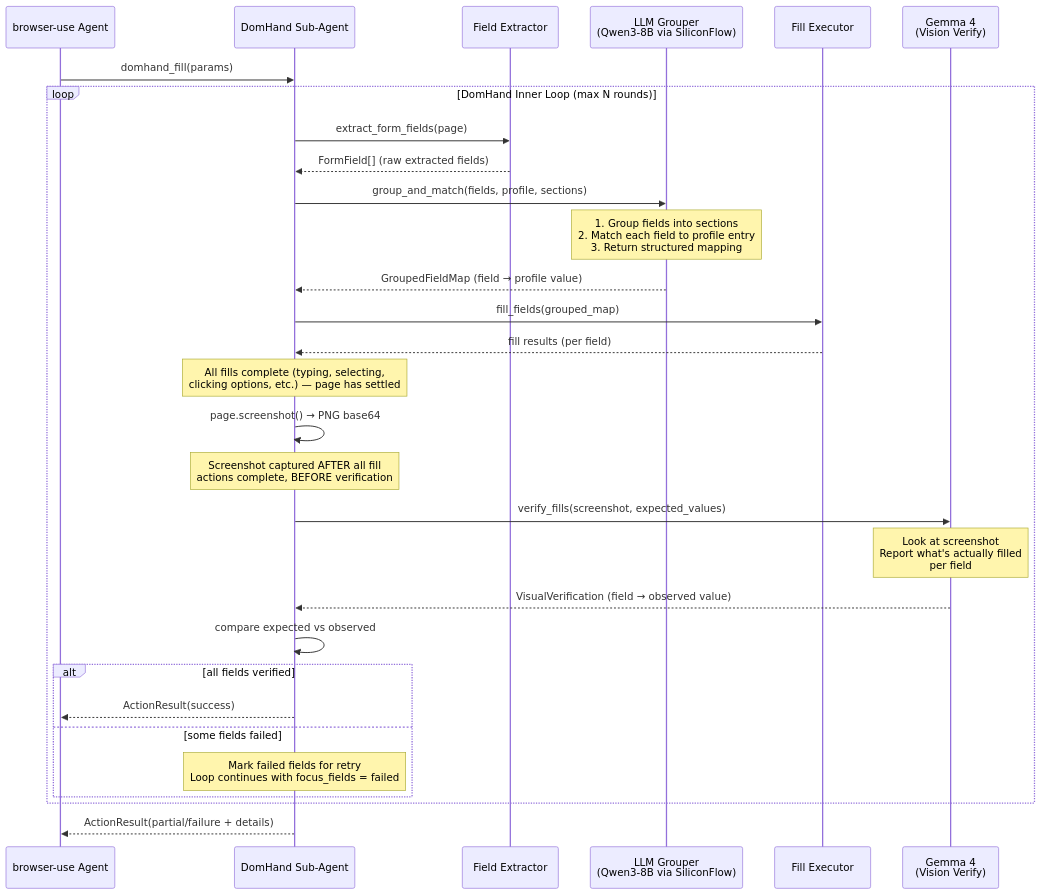
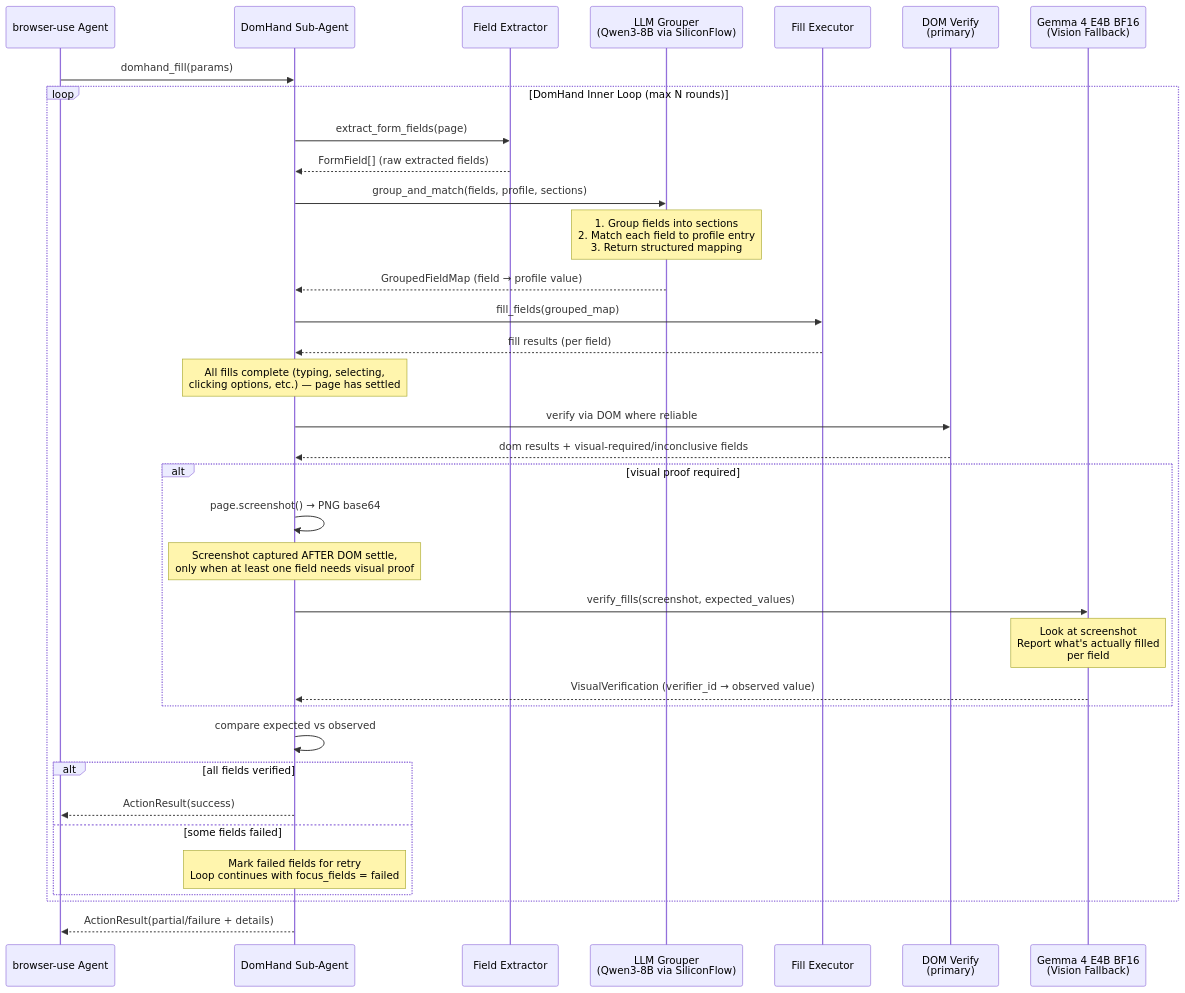
One commit to WeKruit/Hand-X changed the second of 7 diagrams in .planning/research/V4.0-DOMHAND-ENRICHMENT-OOD.md. Above: the diagram before and after it, drawn with Mermaid. The commit also changed other lines of this file, not shown here.

Commit message:
docs: update domhand enrichment OOD

````diff
--- a/.planning/research/V4.0-DOMHAND-ENRICHMENT-OOD.md
+++ b/.planning/research/V4.0-DOMHAND-ENRICHMENT-OOD.md
@@ -184,41 +187,47 @@
 ```mermaid
 sequenceDiagram
-    participant BU as browser-use Agent
+    participant BAgent as browser-use Agent
     participant DH as DomHand Sub-Agent
     participant FE as Field Extractor
     participant LLM as LLM Grouper<br/>(Qwen3-8B via SiliconFlow)
     participant Fill as Fill Executor
-    participant G4 as Gemma 4<br/>(Vision Verify)
+    participant DOM as DOM Verify<br/>(primary)
+    participant G4 as Gemma 4 E4B BF16<br/>(Vision Fallback)
 
-    BU->>DH: domhand_fill(params)
+    BAgent->>DH: domhand_fill(params)
 
     loop DomHand Inner Loop (max N rounds)
         DH->>FE: extract_form_fields(page)
         FE-->>DH: FormField[] (raw extracted fields)
 
         DH->>LLM: group_and_match(fields, profile, sections)
         Note over LLM: 1. Group fields into sections<br/>2. Match each field to profile entry<br/>3. Return structured mapping
         LLM-->>DH: GroupedFieldMap (field → profile value)
 
         DH->>Fill: fill_fields(grouped_map)
         Fill-->>DH: fill results (per field)
 
         Note over DH: All fills complete (typing, selecting,<br/>clicking options, etc.) — page has settled
 
-        DH->>DH: page.screenshot() → PNG base64
-        Note over DH: Screenshot captured AFTER all fill<br/>actions complete, BEFORE verification
+        DH->>DOM: verify via DOM where reliable
+        DOM-->>DH: dom results + visual-required/inconclusive fields
 
-        DH->>G4: verify_fills(screenshot, expected_values)
-        Note over G4: Look at screenshot<br/>Report what's actually filled<br/>per field
-        G4-->>DH: VisualVerification (field → observed value)
+        alt visual proof required
+            DH->>DH: page.screenshot() → PNG base64
+            Note over DH: Screenshot captured AFTER DOM settle,<br/>only when at least one field needs visual proof
+
+            DH->>G4: verify_fills(screenshot, expected_values)
+            Note over G4: Look at screenshot<br/>Report what's actually filled<br/>per field
+            G4-->>DH: VisualVerification (verifier_id → observed value)
+        end
 
         DH->>DH: compare expected vs observed
         alt all fields verified
-            DH-->>BU: ActionResult(success)
+            DH-->>BAgent: ActionResult(success)
         else some fields failed
             Note over DH: Mark failed fields for retry<br/>Loop continues with focus_fields = failed
         end
     end
 
-    DH-->>BU: ActionResult(partial/failure + details)
+    DH-->>BAgent: ActionResult(partial/failure + details)
 ```
````
